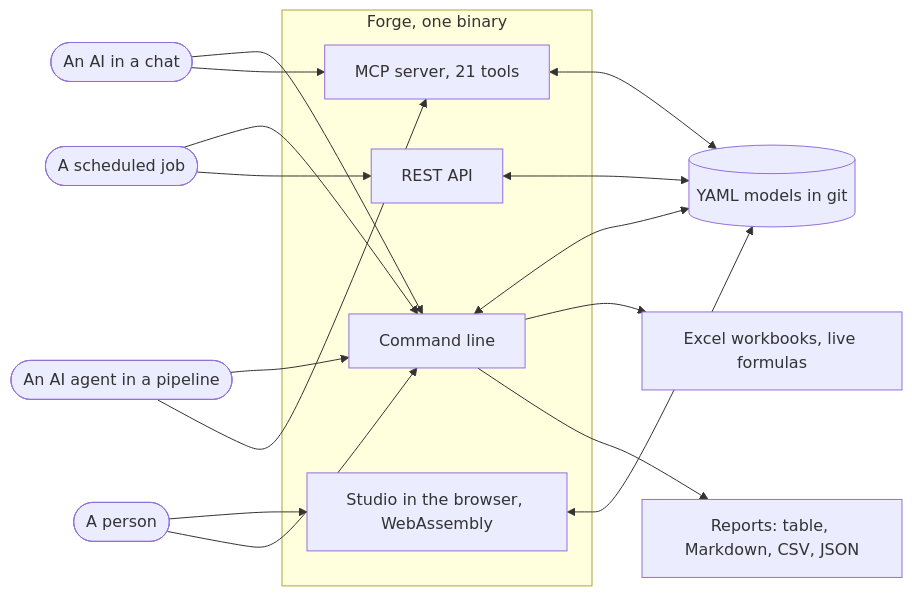
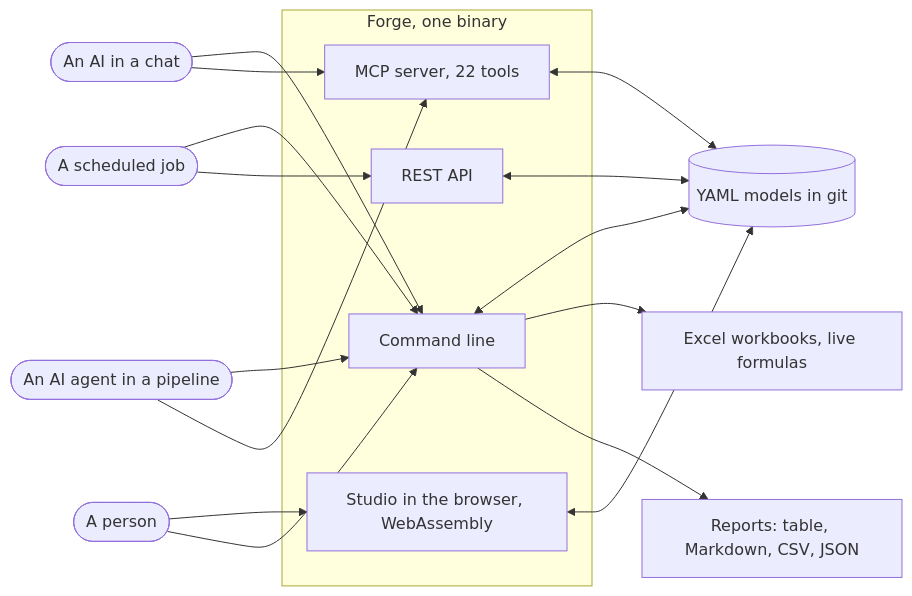
Before and after one commit to mollendorff-ai/forge: the first of 5 diagrams in docs/WORKFLOWS.md, drawn with Mermaid. The commit also changed 30 other files, not shown here.

````diff
--- a/docs/WORKFLOWS.md
+++ b/docs/WORKFLOWS.md
@@ -9,34 +9,34 @@
 ```mermaid
 flowchart LR
     person([A person])
     ai([An AI in a chat])
     job([A scheduled job])
     agent([An AI agent in a pipeline])
 
     subgraph forge [Forge, one binary]
         cli[Command line]
-        mcp[MCP server, 21 tools]
+        mcp[MCP server, 22 tools]
         rest[REST API]
         studio[Studio in the browser, WebAssembly]
     end
 
     yaml[(YAML models in git)]
     xlsx[Excel workbooks, live formulas]
     out[Reports: table, Markdown, CSV, JSON]
 
     person --> studio
     person --> cli
     ai --> cli
     ai --> mcp
     job --> cli
     job --> rest
     agent --> cli
     agent --> mcp
 
     cli <--> yaml
     mcp <--> yaml
     rest <--> yaml
     studio <--> yaml
     cli --> xlsx
     cli --> out
 ```
````
